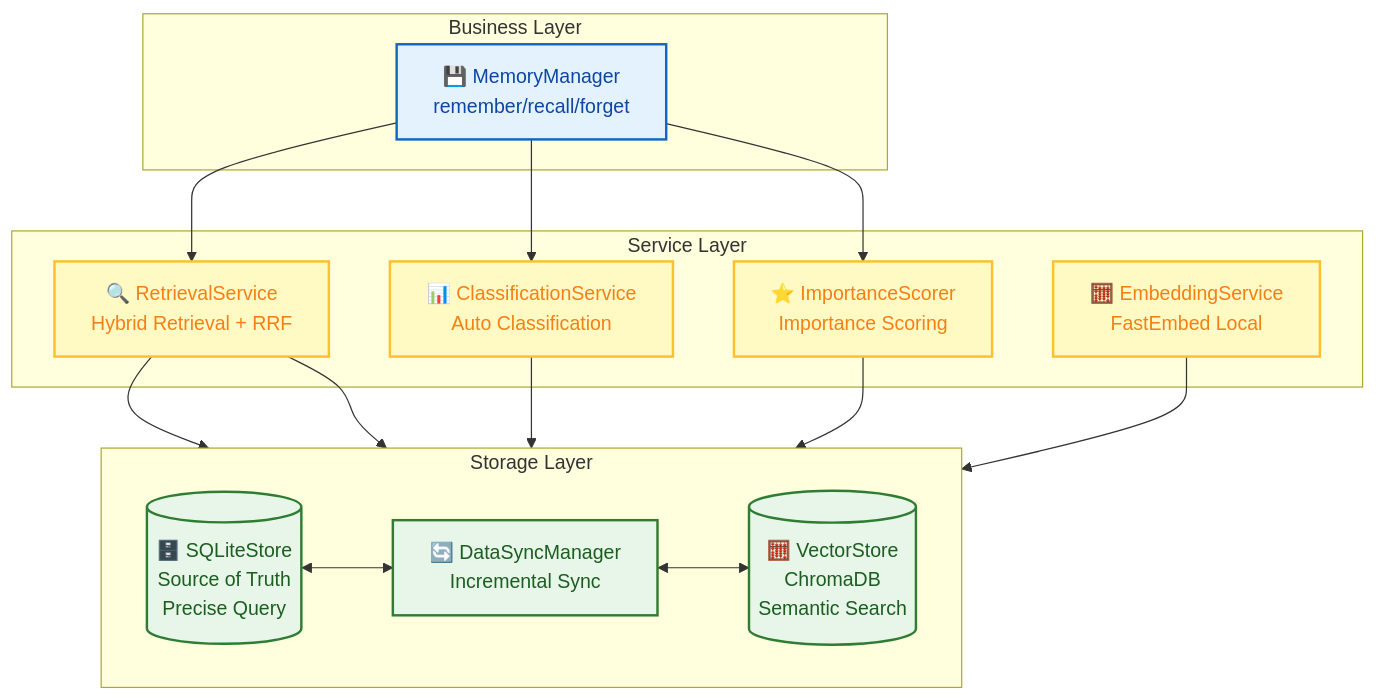
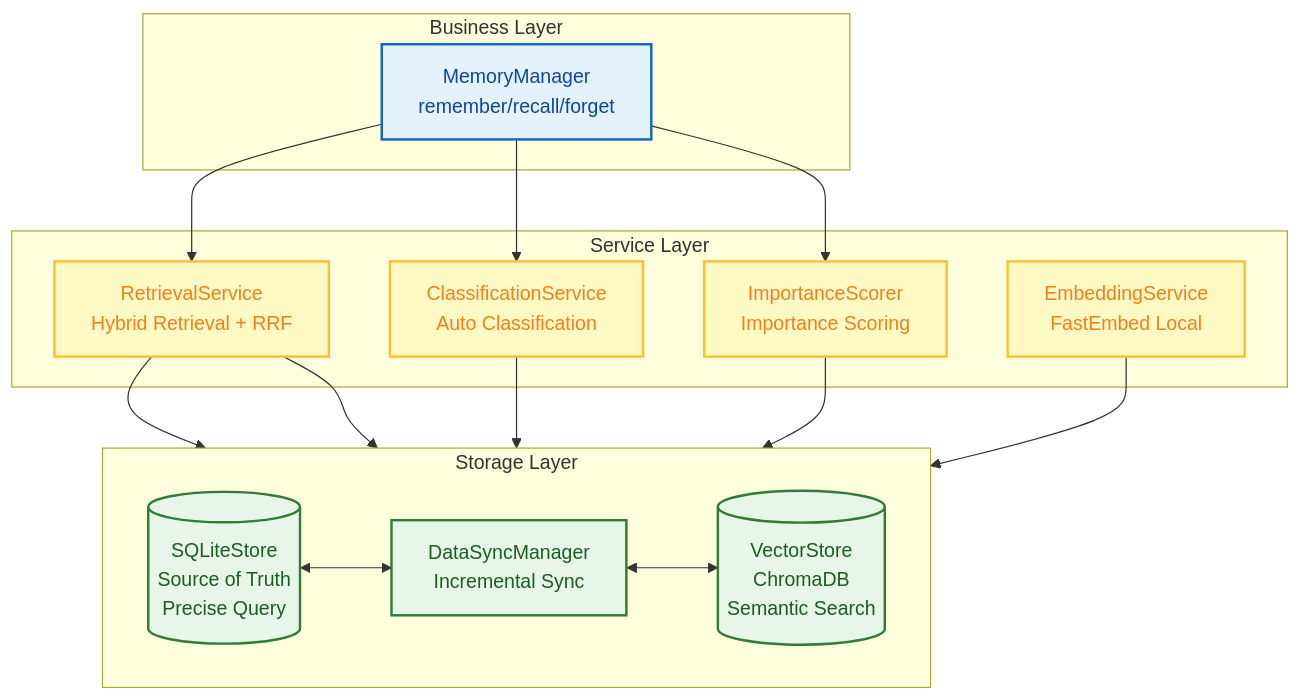
Before and after one commit to xt765/FinchBot: the third of 6 diagrams in docs/en-US/blog/finchbot-flexible-ai-agent-framework.md, drawn with Mermaid. The commit also changed other lines of this file and 3 other files, not shown here.

````diff
--- a/docs/en-US/blog/finchbot-flexible-ai-agent-framework.md
+++ b/docs/en-US/blog/finchbot-flexible-ai-agent-framework.md
@@ -311,37 +311,37 @@
 ```mermaid
 flowchart TB
     %% Style Definitions
     classDef businessLayer fill:#e3f2fd,stroke:#1565c0,stroke-width:2px,color:#0d47a1;
     classDef serviceLayer fill:#fff9c4,stroke:#fbc02d,stroke-width:2px,color:#f57f17;
     classDef storageLayer fill:#e8f5e9,stroke:#2e7d32,stroke-width:2px,color:#1b5e20;
 
     subgraph Business [Business Layer]
-        MM[💾 MemoryManager<br/>remember/recall/forget]
+        MM[ MemoryManager<br/>remember/recall/forget]
     end
     class MM businessLayer
 
     subgraph Services [Service Layer]
-        RS[🔍 RetrievalService<br/>Hybrid Retrieval + RRF]
-        CS[📊 ClassificationService<br/>Auto Classification]
-        IS[⭐ ImportanceScorer<br/>Importance Scoring]
-        ES[🧮 EmbeddingService<br/>FastEmbed Local]
+        RS[ RetrievalService<br/>Hybrid Retrieval + RRF]
+        CS[ ClassificationService<br/>Auto Classification]
+        IS[ ImportanceScorer<br/>Importance Scoring]
+        ES[ EmbeddingService<br/>FastEmbed Local]
     end
     class RS,CS,IS,ES serviceLayer
 
     subgraph Storage [Storage Layer]
         direction LR
-        SQLite[(🗄️ SQLiteStore<br/>Source of Truth<br/>Precise Query)]
-        Vector[(🧮 VectorStore<br/>ChromaDB<br/>Semantic Search)]
-        DS[🔄 DataSyncManager<br/>Incremental Sync]
+        SQLite[( SQLiteStore<br/>Source of Truth<br/>Precise Query)]
+        Vector[( VectorStore<br/>ChromaDB<br/>Semantic Search)]
+        DS[ DataSyncManager<br/>Incremental Sync]
     end
     class SQLite,Vector,DS storageLayer
 
     %% Connections
     MM --> RS & CS & IS
     RS --> SQLite & Vector
     CS --> SQLite
     IS --> SQLite
     ES --> Vector
     
     SQLite <--> DS <--> Vector
 ```
````
